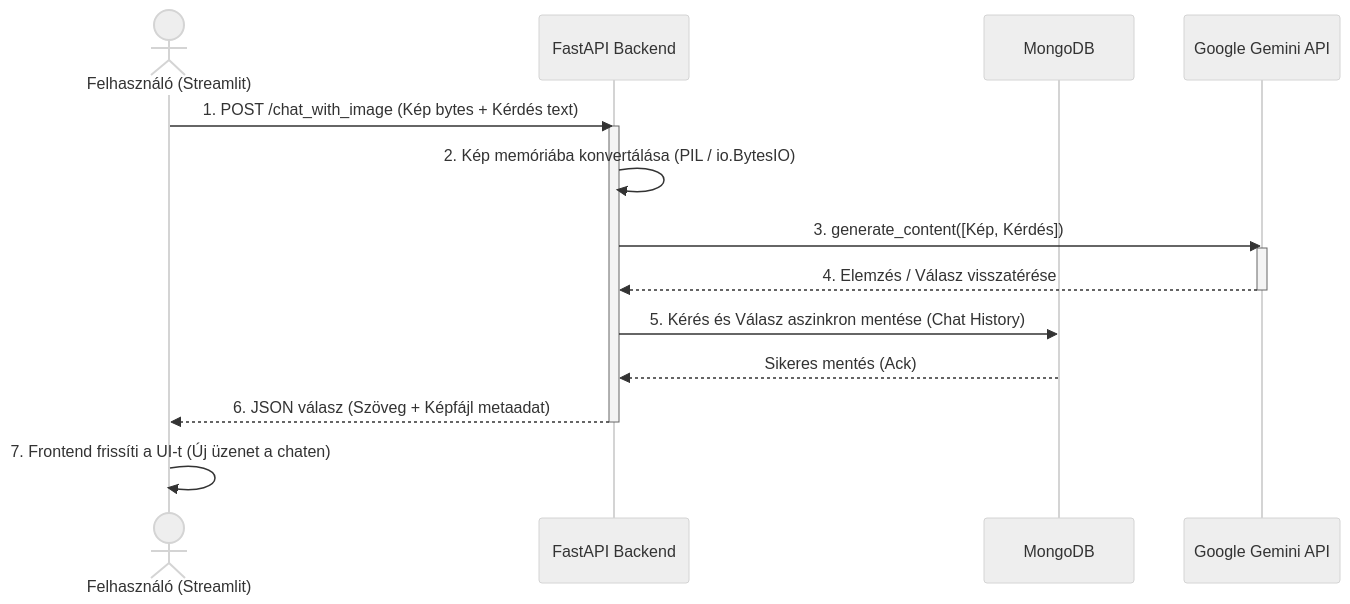
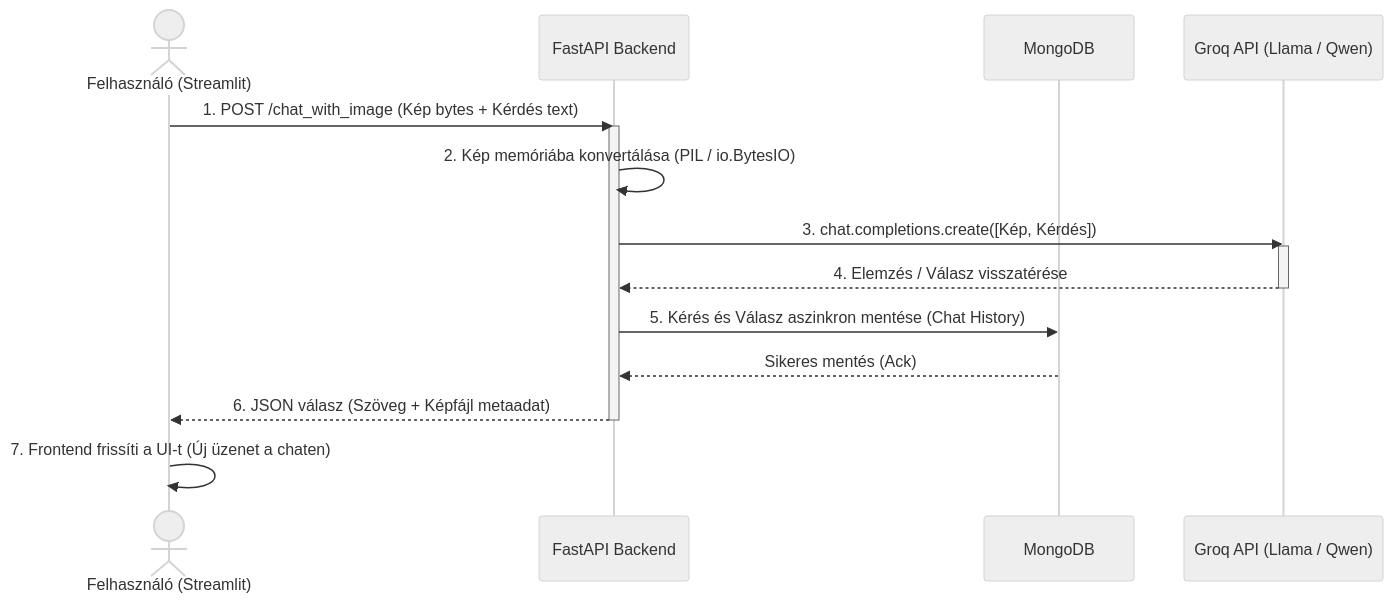
One commit to laszlokmobile-design/MI-alkalmazas-fejlesztese changed the diagram in README.md. Above: the diagram before and after it, drawn with Mermaid (neutral theme). The commit also changed other lines of this file, not shown here.

````diff
--- a/README.md
+++ b/README.md
@@ -87,20 +75,20 @@
 ```mermaid
 sequenceDiagram
     actor User as Felhasználó (Streamlit)
     participant API as FastAPI Backend
     participant Mongo as MongoDB
-    participant Gemini as Google Gemini API
+    participant Groq as Groq API (Llama / Qwen)
 
     User->>API: 1. POST /chat_with_image (Kép bytes + Kérdés text)
     activate API
     API->>API: 2. Kép memóriába konvertálása (PIL / io.BytesIO)
-    API->>Gemini: 3. generate_content([Kép, Kérdés])
-    activate Gemini
-    Gemini-->>API: 4. Elemzés / Válasz visszatérése
-    deactivate Gemini
+    API->>Groq: 3. chat.completions.create([Kép, Kérdés])
+    activate Groq
+    Groq-->>API: 4. Elemzés / Válasz visszatérése
+    deactivate Groq
     API->>Mongo: 5. Kérés és Válasz aszinkron mentése (Chat History)
     Mongo-->>API: Sikeres mentés (Ack)
     API-->>User: 6. JSON válasz (Szöveg + Képfájl metaadat)
     deactivate API
     User->>User: 7. Frontend frissíti a UI-t (Új üzenet a chaten)
 ```
````
